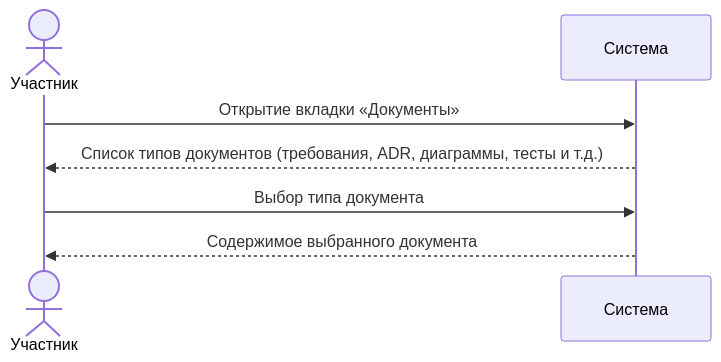
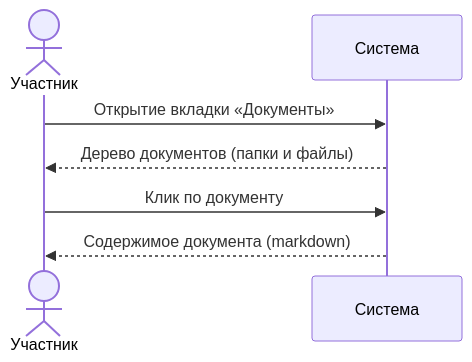
One commit to butakovmv/kanban changed the first of 2 diagrams in docs/ai/usecase/06-documents.md. Above: the diagram before and after it, drawn with Mermaid. The commit also changed other lines of this file and 68 other files, not shown here.

````diff
--- a/docs/ai/usecase/06-documents.md
+++ b/docs/ai/usecase/06-documents.md
@@ -12,10 +12,10 @@
 ```mermaid
 sequenceDiagram
     actor Member as Участник
     participant System as Система
 
     Member->>System: Открытие вкладки «Документы»
-    System-->>Member: Список типов документов (требования, ADR, диаграммы, тесты и т.д.)
-    Member->>System: Выбор типа документа
-    System-->>Member: Содержимое выбранного документа
+    System-->>Member: Дерево документов (папки и файлы)
+    Member->>System: Клик по документу
+    System-->>Member: Содержимое документа (markdown)
 ```
````
